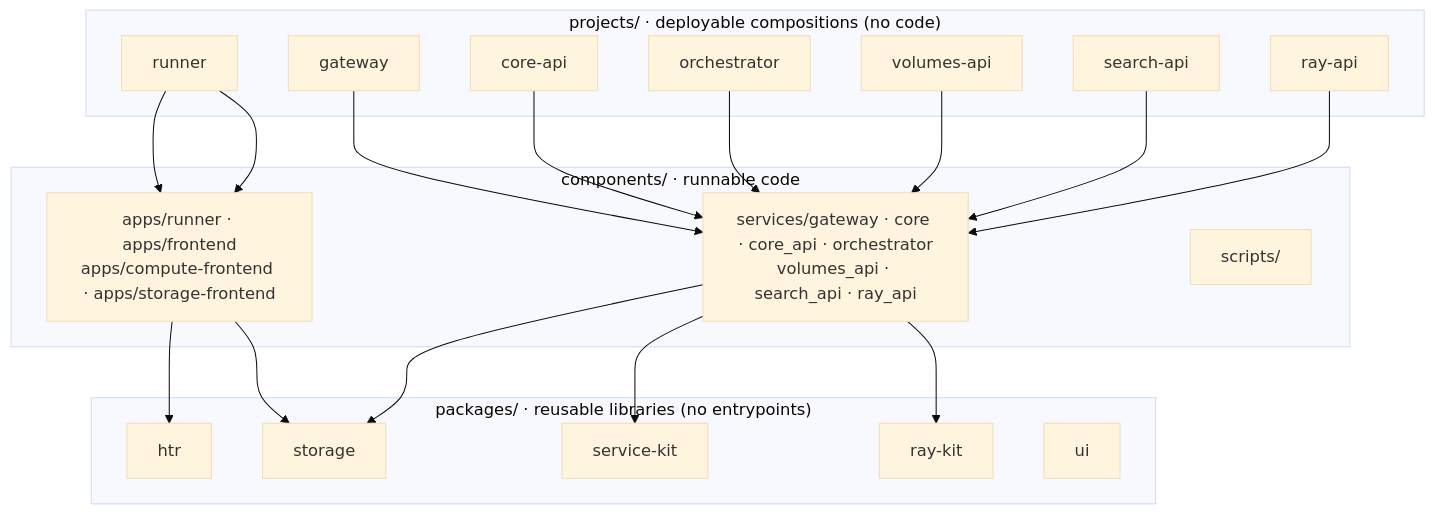
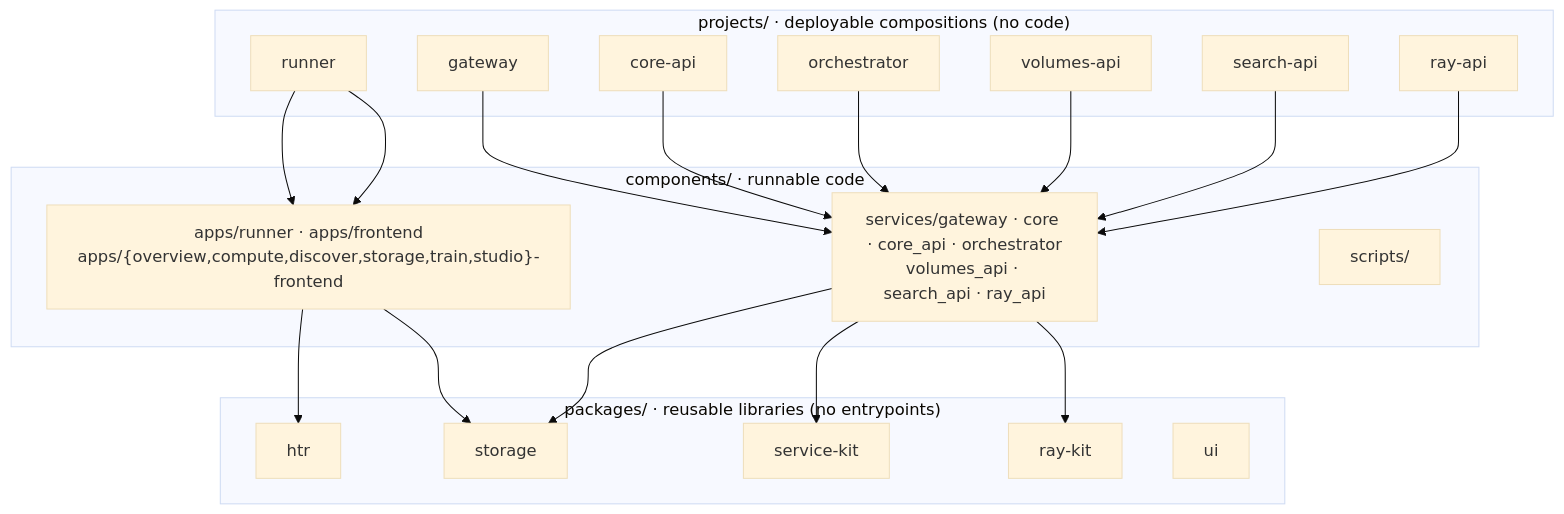
One commit to AI-Riksarkivet/rask changed the diagram in docs/architecture/layout.md. Above: the diagram before and after it, drawn with Mermaid (base theme). The commit also changed other lines of this file and 14 other files, not shown here.

````diff
--- a/docs/architecture/layout.md
+++ b/docs/architecture/layout.md
@@ -6,32 +6,32 @@
 ```mermaid
 flowchart TD
     subgraph projects["projects/ · deployable compositions (no code)"]
         pr["runner"]
         pgw["gateway"]
         pca["core-api"]
         po["orchestrator"]
         pv["volumes-api"]
         ps["search-api"]
         pra["ray-api"]
     end
     subgraph components["components/ · runnable code"]
-        ca["apps/runner · apps/frontend<br/>apps/compute-frontend · apps/storage-frontend"]
+        ca["apps/runner · apps/frontend<br/>apps/{overview,compute,discover,storage,train,studio}-frontend"]
         cs["services/gateway · core · core_api · orchestrator<br/>volumes_api · search_api · ray_api"]
         cx["scripts/"]
     end
     subgraph packages["packages/ · reusable libraries (no entrypoints)"]
         ph["htr"]
         pst["storage"]
         psk["service-kit"]
         prk["ray-kit"]
         pc["ui"]
     end
     pr --> ca --> ph
     pr --> ca --> pst
     pgw --> cs --> psk
     pca --> cs
     po --> cs --> prk
     pv --> cs --> pst
     ps --> cs
     pra --> cs
 ```
````
